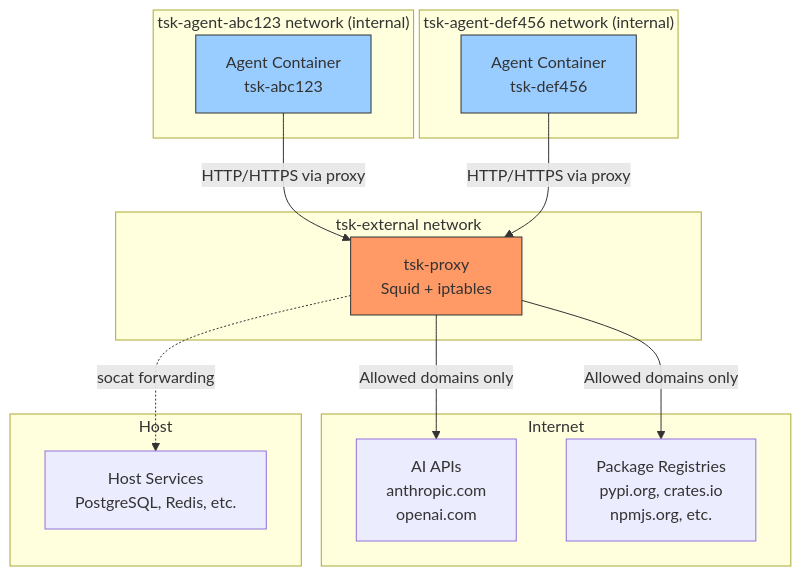
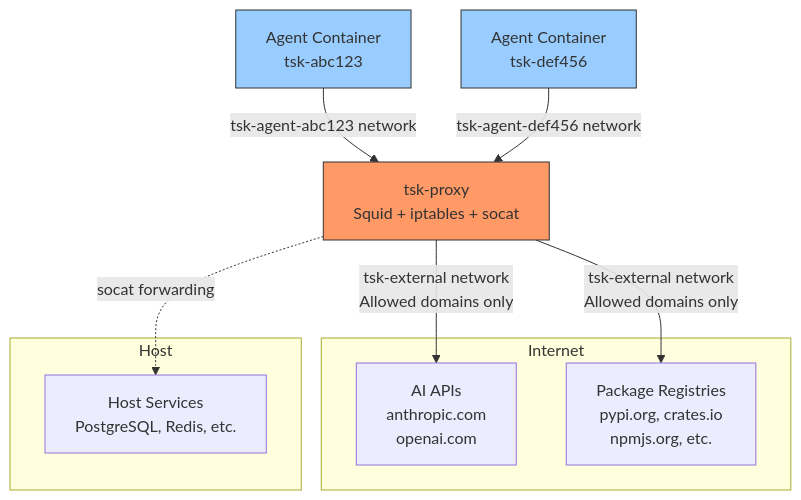
One commit to dtormoen/tsk changed the first of 2 diagrams in docs/network-isolation.md. Above: the diagram before and after it, drawn with Mermaid. The commit also changed other lines of this file, not shown here.

Commit message:
docs: improve network isolation diagram

````diff
--- a/docs/network-isolation.md
+++ b/docs/network-isolation.md
@@ -7,33 +7,26 @@
 ```mermaid
 graph TB
     subgraph Internet
         AI[AI APIs<br/>anthropic.com<br/>openai.com]
         PKG[Package Registries<br/>pypi.org, crates.io<br/>npmjs.org, etc.]
     end
 
-    subgraph "tsk-external network"
-        PROXY[tsk-proxy<br/>Squid + iptables]
-    end
+    PROXY[tsk-proxy<br/>Squid + iptables + socat]
 
-    subgraph "tsk-agent-abc123 network (internal)"
-        AGENT1[Agent Container<br/>tsk-abc123]
-    end
-
-    subgraph "tsk-agent-def456 network (internal)"
-        AGENT2[Agent Container<br/>tsk-def456]
-    end
+    AGENT1[Agent Container<br/>tsk-abc123]
+    AGENT2[Agent Container<br/>tsk-def456]
 
     subgraph Host
         HOST_SVC[Host Services<br/>PostgreSQL, Redis, etc.]
     end
 
-    AGENT1 -->|HTTP/HTTPS via proxy| PROXY
-    AGENT2 -->|HTTP/HTTPS via proxy| PROXY
-    PROXY -->|Allowed domains only| AI
-    PROXY -->|Allowed domains only| PKG
+    AGENT1 -->|"tsk-agent-abc123 network"| PROXY
+    AGENT2 -->|"tsk-agent-def456 network"| PROXY
+    PROXY -->|"tsk-external network<br/>Allowed domains only"| AI
+    PROXY -->|"tsk-external network<br/>Allowed domains only"| PKG
     PROXY -.->|socat forwarding| HOST_SVC
 
     style PROXY fill:#f96,stroke:#333
     style AGENT1 fill:#9cf,stroke:#333
     style AGENT2 fill:#9cf,stroke:#333
 ```
````
